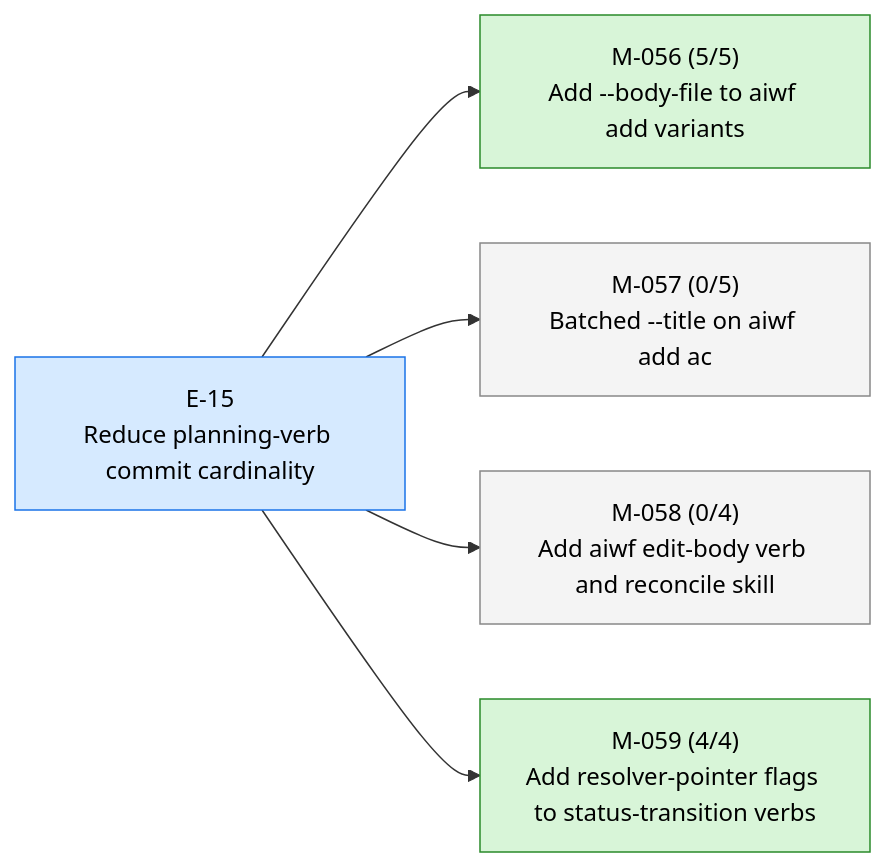
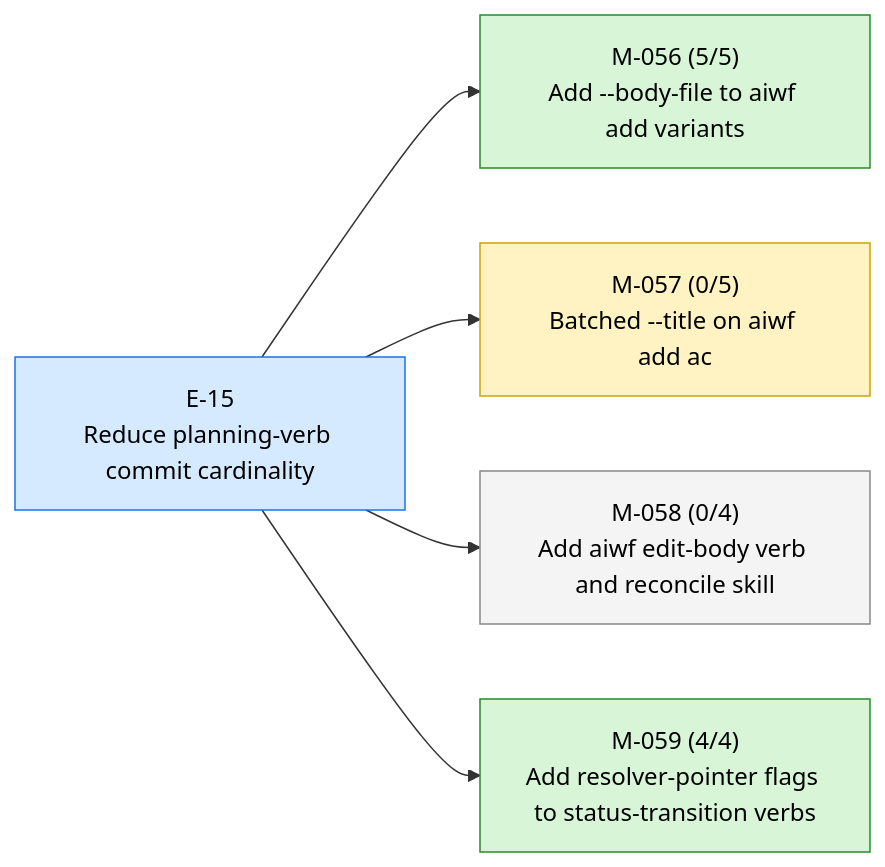
The first of 3 diagrams in STATUS.md (23min/aiwf), drawn with Mermaid before and after one commit. The commit also changed other lines of this file and 1 other file, not shown here.

Commit message:
aiwf promote M-057 draft -> in_progress
aiwf-verb: promote
aiwf-entity: M-057
aiwf-actor: human/peter
aiwf-to: in_progress

````diff
--- a/STATUS.md
+++ b/STATUS.md
@@ -14,18 +14,18 @@
 ```mermaid
 flowchart LR
   E_15["E-15<br/>Reduce planning-verb commit cardinality"]:::epic_active
   M_056["M-056 (5/5)<br/>Add --body-file to aiwf add variants"]:::ms_done
   E_15 --> M_056
-  M_057["M-057 (0/5)<br/>Batched --title on aiwf add ac"]:::ms_draft
+  M_057["M-057 (0/5)<br/>Batched --title on aiwf add ac"]:::ms_in_progress
   E_15 --> M_057
   M_058["M-058 (0/4)<br/>Add aiwf edit-body verb and reconcile skill"]:::ms_draft
   E_15 --> M_058
   M_059["M-059 (4/4)<br/>Add resolver-pointer flags to status-transition verbs"]:::ms_done
   E_15 --> M_059
   classDef epic_active fill:#d6eaff,stroke:#1a73e8,color:#000
   classDef epic_proposed fill:#f4f4f4,stroke:#888,color:#000
   classDef ms_done fill:#d8f5d8,stroke:#2a8a2a,color:#000
   classDef ms_in_progress fill:#fff3c4,stroke:#caa400,color:#000
   classDef ms_draft fill:#f4f4f4,stroke:#888,color:#000
   classDef ms_cancelled fill:#fbeaea,stroke:#c33,color:#000
 ```
````
